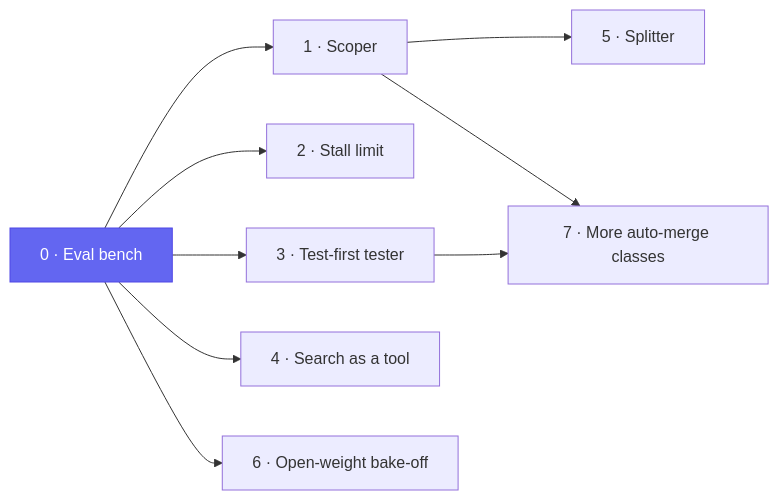
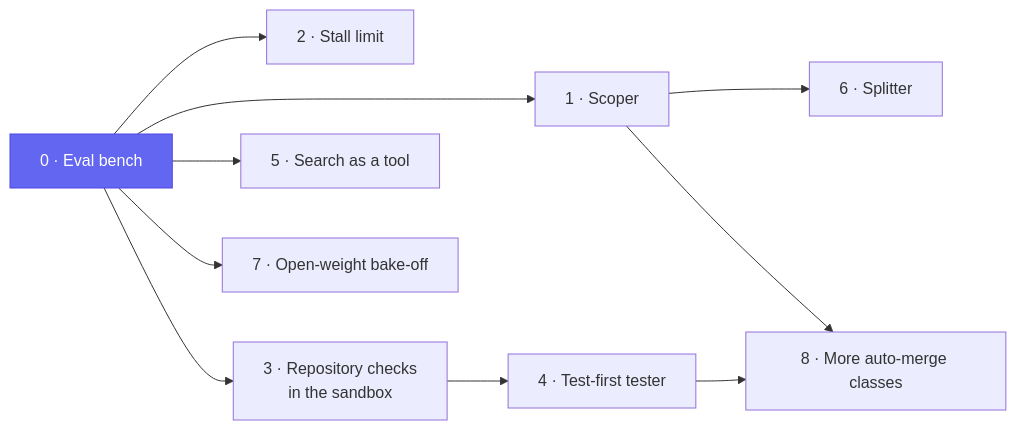
The diagram in docs/superpowers/specs/2026-10-19-v3-roadmap-design.md (Smana/ai-native-ref), drawn with Mermaid before and after one commit. The commit also changed other lines of this file and 1 other file, not shown here.

Commit message:
docs(v3): run the repository's checks in the sandbox before pushing

````diff
--- a/docs/superpowers/specs/2026-10-19-v3-roadmap-design.md
+++ b/docs/superpowers/specs/2026-10-19-v3-roadmap-design.md
@@ -51,12 +52,13 @@
 ```mermaid
 flowchart LR
   B["0 · Eval bench"]:::base --> S["1 · Scoper"]
   B --> W["2 · Stall limit"]
-  B --> T["3 · Test-first tester"]
-  B --> X["4 · Search as a tool"]
-  S --> P["5 · Splitter"]
-  B --> M["6 · Open-weight bake-off"]
-  S --> A["7 · More auto-merge classes"]
+  B --> C["3 · Repository checks<br/>in the sandbox"]
+  C --> T["4 · Test-first tester"]
+  B --> X["5 · Search as a tool"]
+  S --> P["6 · Splitter"]
+  B --> M["7 · Open-weight bake-off"]
+  S --> A["8 · More auto-merge classes"]
   T --> A
   classDef base fill:#6366f1,stroke:#4f46e5,color:#fff
 ```
````
